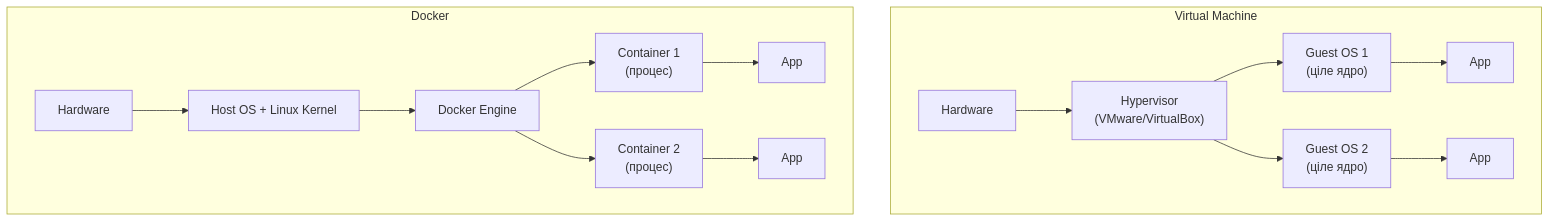
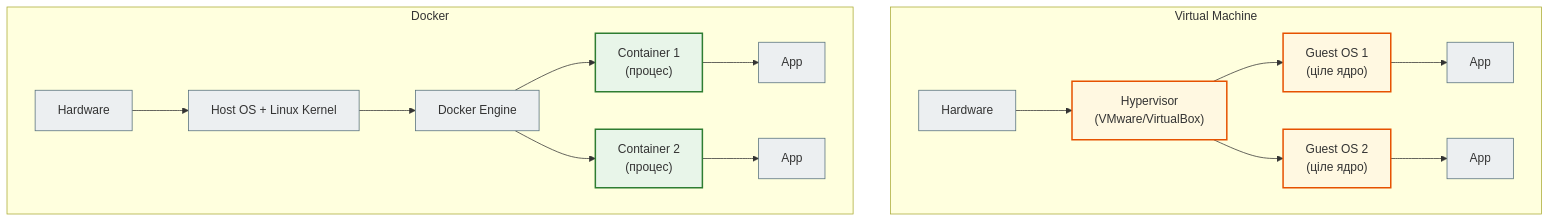
The diagram in docs/11_deployment/deploy_14_docker_basics_full.md (NikoriakViktot/notes_chat_app), drawn with Mermaid before and after one commit. The commit also changed 441 other files, not shown here.

First line of the commit message:
Add English version of the book, Mermaid standard, docs fixes

````diff
--- a/docs/11_deployment/deploy_14_docker_basics_full.md
+++ b/docs/11_deployment/deploy_14_docker_basics_full.md
@@ -45,19 +45,26 @@
 ```mermaid
 flowchart TD
     subgraph VM ["Virtual Machine"]
-        HW1["Hardware"] --> Hypervisor["Hypervisor\n(VMware/VirtualBox)"]
-        Hypervisor --> GuestOS1["Guest OS 1\n(ціле ядро)"]
-        Hypervisor --> GuestOS2["Guest OS 2\n(ціле ядро)"]
+        HW1["Hardware"] --> Hypervisor["Hypervisor<br>(VMware/VirtualBox)"]
+        Hypervisor --> GuestOS1["Guest OS 1<br>(ціле ядро)"]
+        Hypervisor --> GuestOS2["Guest OS 2<br>(ціле ядро)"]
         GuestOS1 --> App1["App"]
         GuestOS2 --> App2["App"]
     end
 
     subgraph Docker ["Docker"]
         HW2["Hardware"] --> HostOS["Host OS + Linux Kernel"]
         HostOS --> DockerEngine["Docker Engine"]
-        DockerEngine --> C1["Container 1\n(процес)"]
-        DockerEngine --> C2["Container 2\n(процес)"]
+        DockerEngine --> C1["Container 1<br>(процес)"]
+        DockerEngine --> C2["Container 2<br>(процес)"]
         C1 --> App3["App"]
         C2 --> App4["App"]
     end
+
+    classDef step     fill:#eceff1,stroke:#546e7a,stroke-width:1px;
+    classDef success  fill:#e8f5e9,stroke:#2e7d32,stroke-width:2px;
+    classDef warning  fill:#fff8e1,stroke:#e65100,stroke-width:2px;
+    class HW1,App1,App2,HW2,HostOS,DockerEngine,App3,App4 step;
+    class C1,C2 success;
+    class Hypervisor,GuestOS1,GuestOS2 warning;
 ```
````
